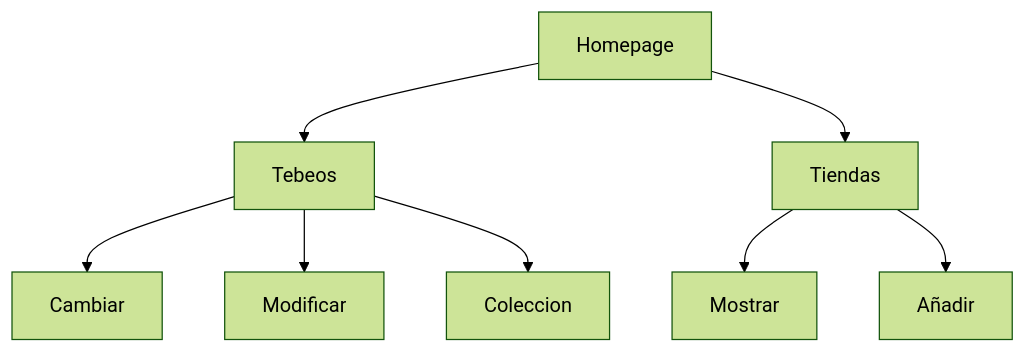
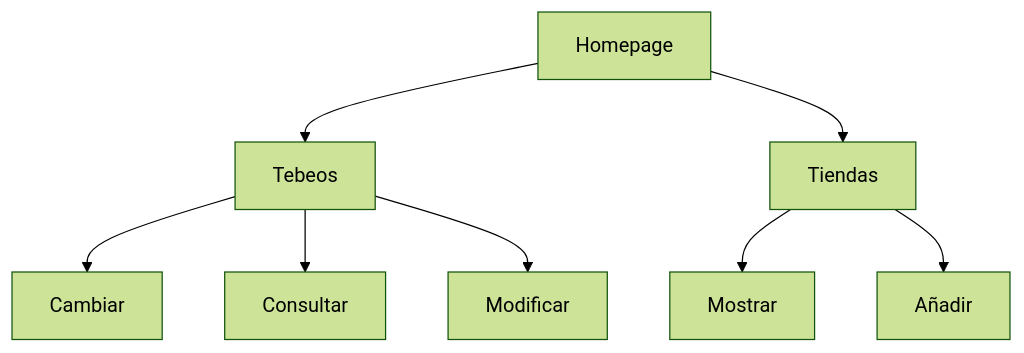
The diagram in README.md (teekismikiss/proyecto-final), drawn with Mermaid (forest theme) before and after one commit.

Commit message:
Update flowchart in README with new options

````diff
--- a/README.md
+++ b/README.md
@@ -14,11 +14,11 @@
 ```mermaid
 graph TD;
     Homepage--> Tebeos;
     Homepage-->Tiendas;
     Tebeos-->Cambiar;
-    Tebeos-->Modificar;
-     Tebeos-->Coleccion;
+    Tebeos--> Consultar;
+     Tebeos-->Modificar ;
     Tiendas--> Mostrar;
     Tiendas-->Añadir;
     
 ```
````
